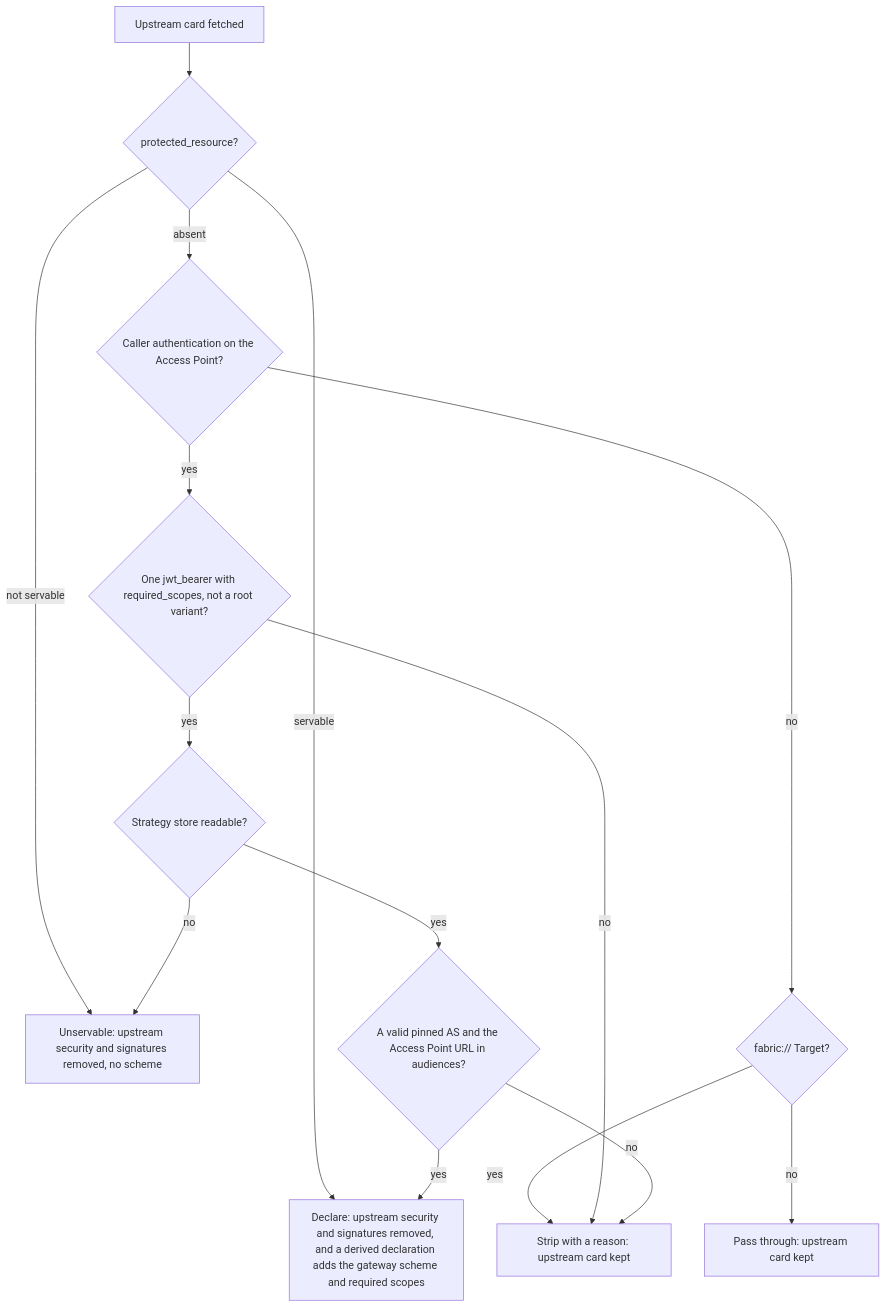
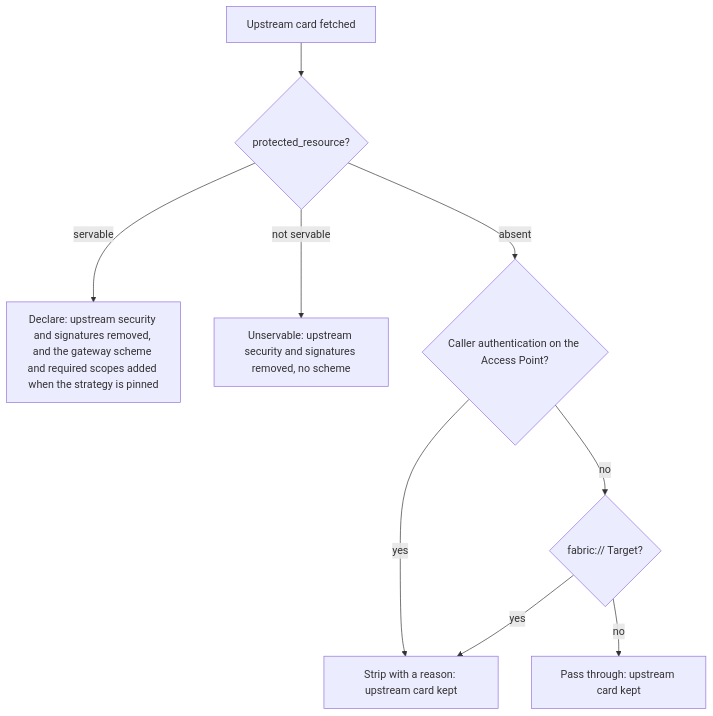
Before and after one commit to affinidi-ai/agent-gateway: the second of 3 diagrams in docs/adrs/0001-openid-oauth-agent-gateway.md, drawn with Mermaid. The commit also changed other lines of this file and 15 other files, not shown here.

````diff
--- a/docs/adrs/0001-openid-oauth-agent-gateway.md
+++ b/docs/adrs/0001-openid-oauth-agent-gateway.md
@@ -449,17 +449,12 @@
 ```mermaid
 flowchart TD
     S[Upstream card fetched] --> E{"protected_resource?"}
     E -->|servable| D
     E -->|not servable| U["Unservable: upstream security and signatures removed, no scheme"]
     E -->|absent| Q1{"Caller authentication on the Access Point?"}
     Q1 -- no --> F{"fabric:// Target?"}
     F -- yes --> X["Strip with a reason: upstream card kept"]
     F -- no --> P["Pass through: upstream card kept"]
-    Q1 -- yes --> J{"One jwt_bearer with required_scopes, not a root variant?"}
-    J -- no --> X
-    J -- yes --> Q0{"Strategy store readable?"}
-    Q0 -- no --> U
-    Q0 -- yes --> Q2{"A valid pinned AS and the Access Point URL in audiences?"}
-    Q2 -- yes --> D["Declare: upstream security and signatures removed, and a derived declaration adds the gateway scheme and required scopes"]
-    Q2 -- no --> X
+    Q1 -- yes --> X
+    D["Declare: upstream security and signatures removed, and the gateway scheme and required scopes added when the strategy is pinned"]
 ```
````
